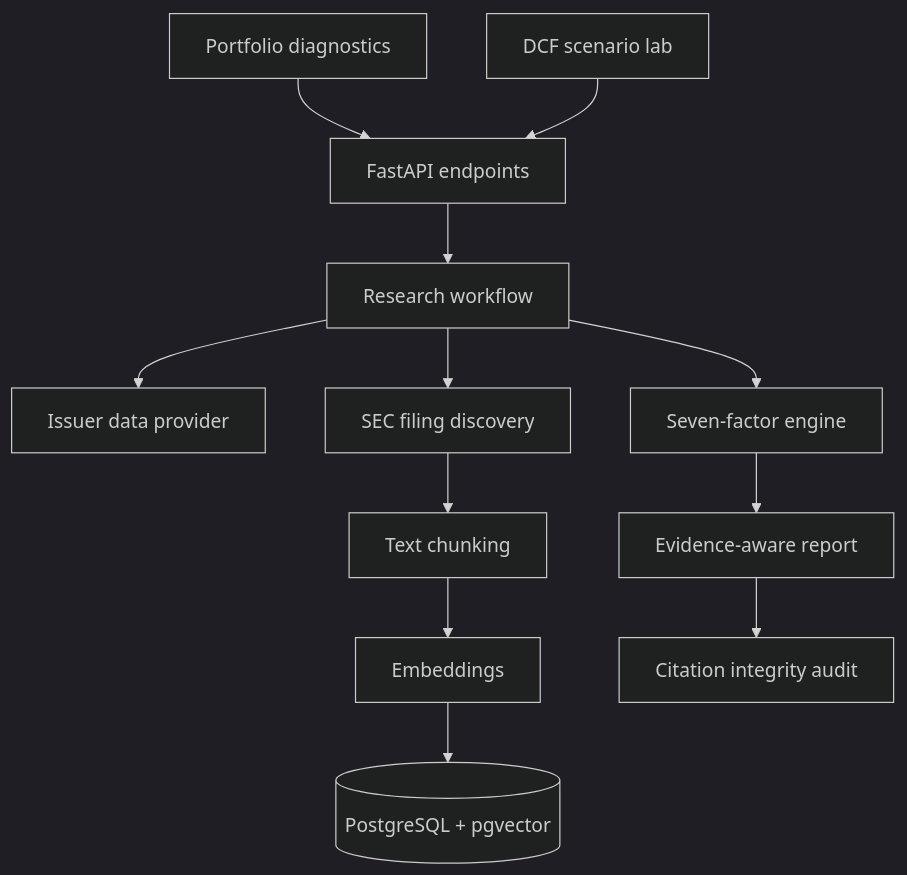
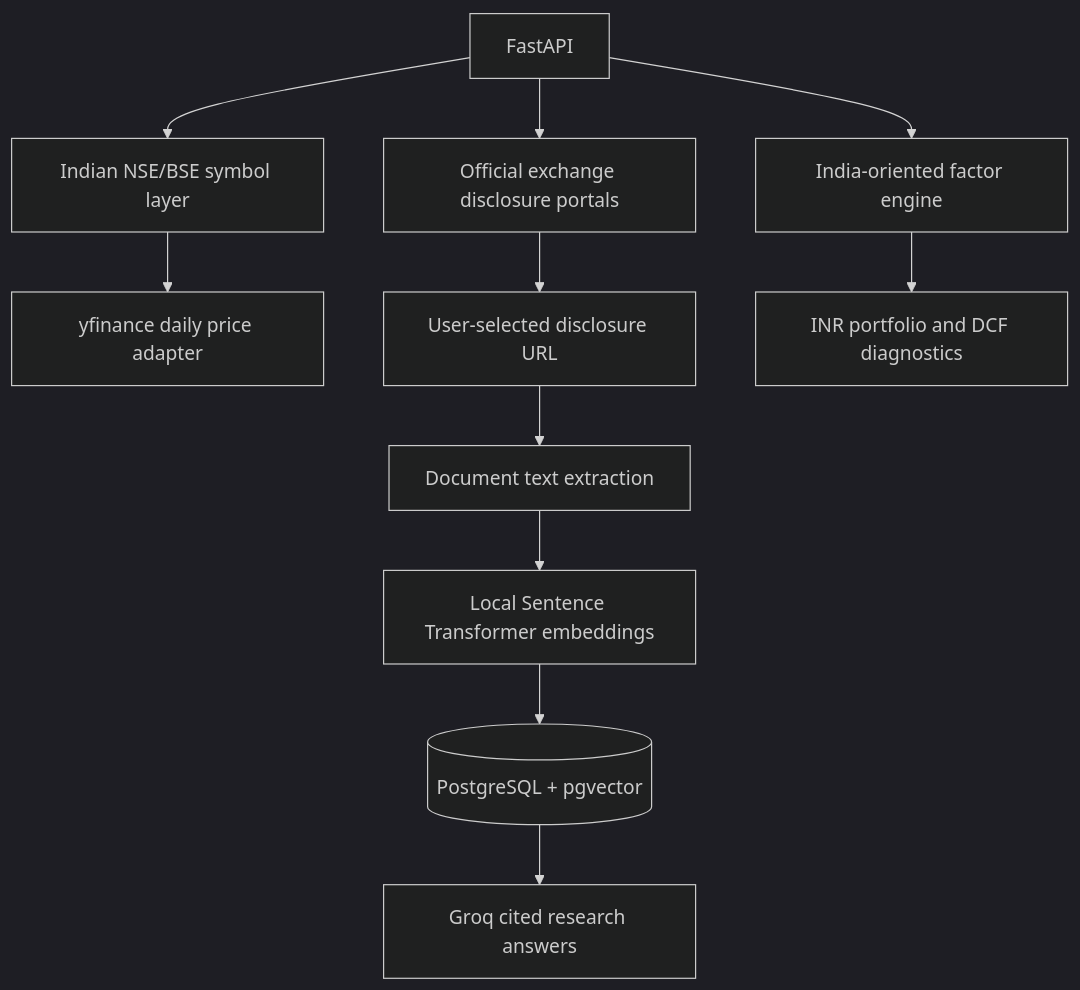
Before and after one commit to amansharmas7/EquityMind-: the diagram in README.md, drawn with Mermaid (dark theme). The commit also changed other lines of this file, not shown here.

Commit message:
docs: document India market support and source limitations

````diff
--- a/README.md
+++ b/README.md
@@ -25,14 +36,13 @@
 ```mermaid
 flowchart TD
-    A[FastAPI endpoints] --> B[Research workflow]
-    B --> C[Issuer data provider]
-    B --> D[SEC filing discovery]
-    D --> E[Text chunking]
-    E --> F[Embeddings]
-    F --> G[(PostgreSQL + pgvector)]
-    B --> H[Seven-factor engine]
-    H --> I[Evidence-aware report]
-    I --> J[Citation integrity audit]
-    K[Portfolio diagnostics] --> A
-    L[DCF scenario lab] --> A
+    A[FastAPI] --> B[Indian NSE/BSE symbol layer]
+    B --> C[yfinance daily price adapter]
+    A --> D[Official exchange disclosure portals]
+    D --> E[User-selected disclosure URL]
+    E --> F[Document text extraction]
+    F --> G[Local Sentence Transformer embeddings]
+    G --> H[(PostgreSQL + pgvector)]
+    A --> I[India-oriented factor engine]
+    I --> J[INR portfolio and DCF diagnostics]
+    H --> K[Groq cited research answers]
 ```
````
